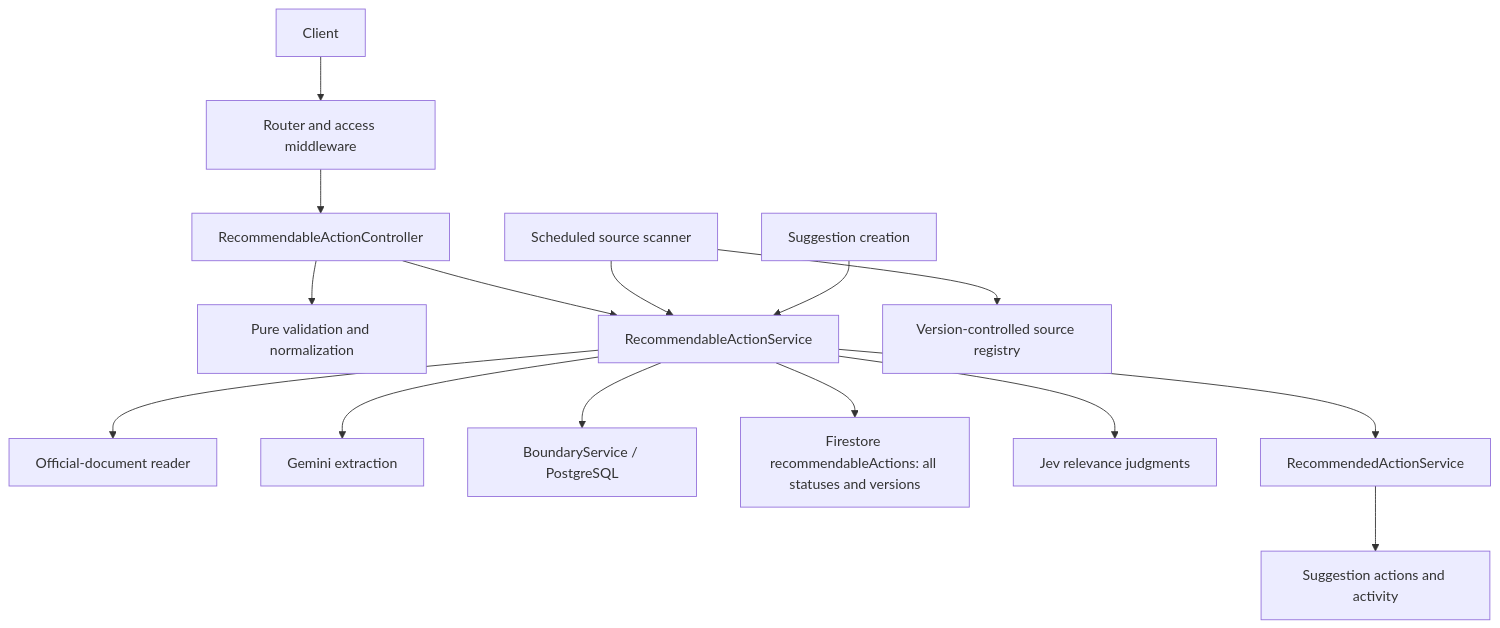
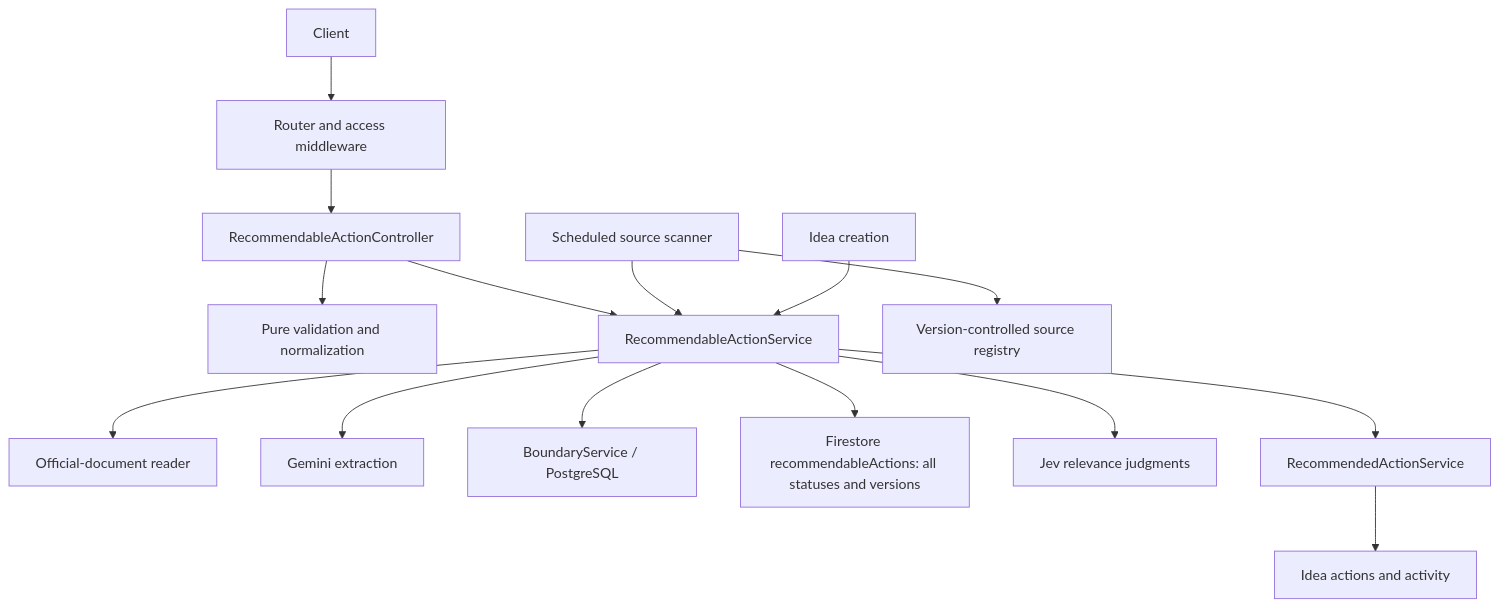
One commit to DallasUrbanists/cloud-api-server changed the diagram in docs/recommendable-actions.md. Above: the diagram before and after it, drawn with Mermaid. The commit also changed other lines of this file and 77 other files, not shown here.

````diff
--- a/docs/recommendable-actions.md
+++ b/docs/recommendable-actions.md
@@ -13,17 +13,17 @@
 ```mermaid
 flowchart TD
     Client[Client] --> Routes[Router and access middleware]
     Routes --> Controller[RecommendableActionController]
     Controller --> Model[Pure validation and normalization]
     Controller --> Service[RecommendableActionService]
     Worker[Scheduled source scanner] --> Service
     Worker --> Registry[Version-controlled source registry]
     Service --> Reader[Official-document reader]
     Service --> Gemini[Gemini extraction]
     Service --> Boundaries[BoundaryService / PostgreSQL]
     Service --> Catalog[Firestore recommendableActions: all statuses and versions]
-    Suggestion[Suggestion creation] --> Service
+    Idea[Idea creation] --> Service
     Service --> Jev[Jev relevance judgments]
     Service --> Actions[RecommendedActionService]
-    Actions --> Linked[Suggestion actions and activity]
+    Actions --> Linked[Idea actions and activity]
 ```
````
